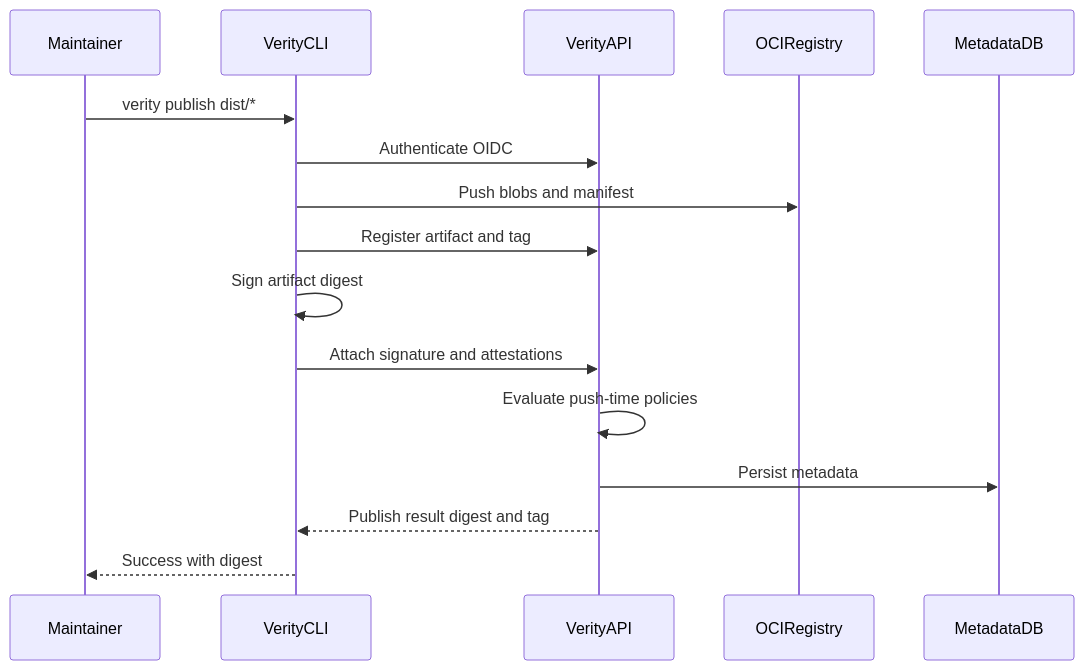
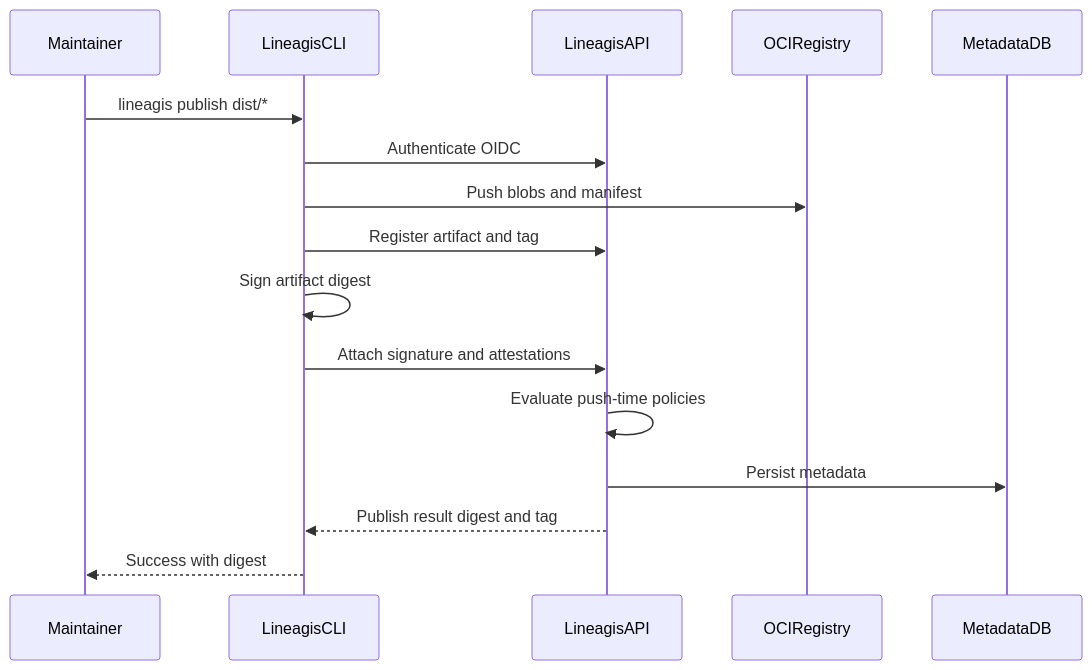
The first of 2 diagrams in docs/specs/00-overview.md (BrendenWalker/lineagis), drawn with Mermaid before and after one commit. The commit also changed other lines of this file and 135 other files, not shown here.

First line of the commit message:
Rename project from Verity to Lineagis. (#114)

````diff
--- a/docs/specs/00-overview.md
+++ b/docs/specs/00-overview.md
@@ -90,19 +90,19 @@
 ```mermaid
 sequenceDiagram
   participant Maintainer
-  participant CLI as VerityCLI
-  participant API as VerityAPI
+  participant CLI as LineagisCLI
+  participant API as LineagisAPI
   participant Registry as OCIRegistry
   participant DB as MetadataDB
 
-  Maintainer->>CLI: verity publish dist/*
+  Maintainer->>CLI: lineagis publish dist/*
   CLI->>API: Authenticate OIDC
   CLI->>Registry: Push blobs and manifest
   CLI->>API: Register artifact and tag
   CLI->>CLI: Sign artifact digest
   CLI->>API: Attach signature and attestations
   API->>API: Evaluate push-time policies
   API->>DB: Persist metadata
   API-->>CLI: Publish result digest and tag
   CLI-->>Maintainer: Success with digest
 ```
````
